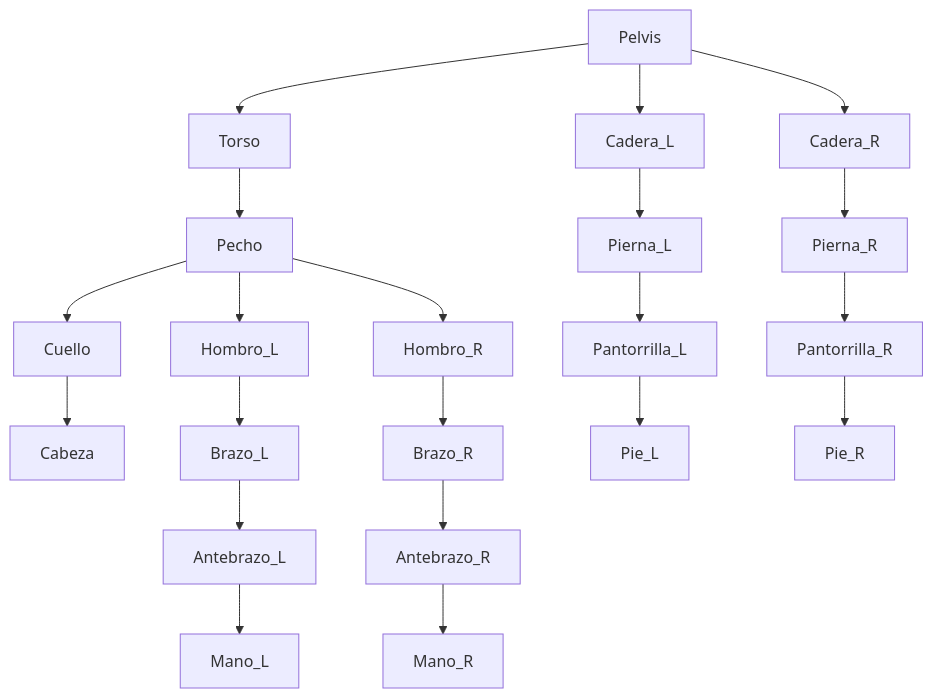
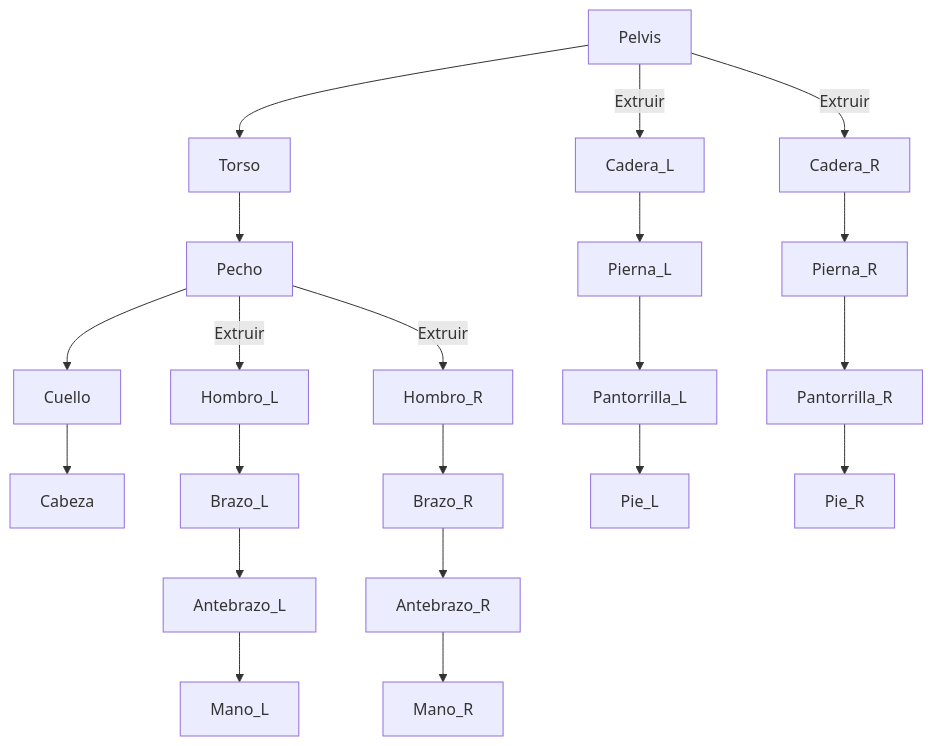
The diagram in Rigging_2D_Blender.md (IKERD11/Topicos-Avanzados-De-Programacion-Unidad-2), drawn with Mermaid before and after one commit. The commit also changed other lines of this file, not shown here.

````diff
--- a/Rigging_2D_Blender.md
+++ b/Rigging_2D_Blender.md
@@ -50,23 +52,23 @@
 ```mermaid
 graph TD
     A[Pelvis] --> B[Torso];
     B --> C[Pecho];
     C --> D[Cuello];
     D --> E[Cabeza];
-    C --> F[Hombro_L];
+    C -- "Extruir" --> F[Hombro_L];
     F --> G[Brazo_L];
     G --> H[Antebrazo_L];
     H --> I[Mano_L];
-    C --> J[Hombro_R];
+    C -- "Extruir" --> J[Hombro_R];
     J --> K[Brazo_R];
     K --> L[Antebrazo_R];
     L --> M[Mano_R];
-    A --> N[Cadera_L];
+    A -- "Extruir" --> N[Cadera_L];
     N --> O[Pierna_L];
     O --> P[Pantorrilla_L];
     P --> Q[Pie_L];
-    A --> R[Cadera_R];
+    A -- "Extruir" --> R[Cadera_R];
     R --> S[Pierna_R];
     S --> T[Pantorrilla_R];
     T --> U[Pie_R];
 ```
````
